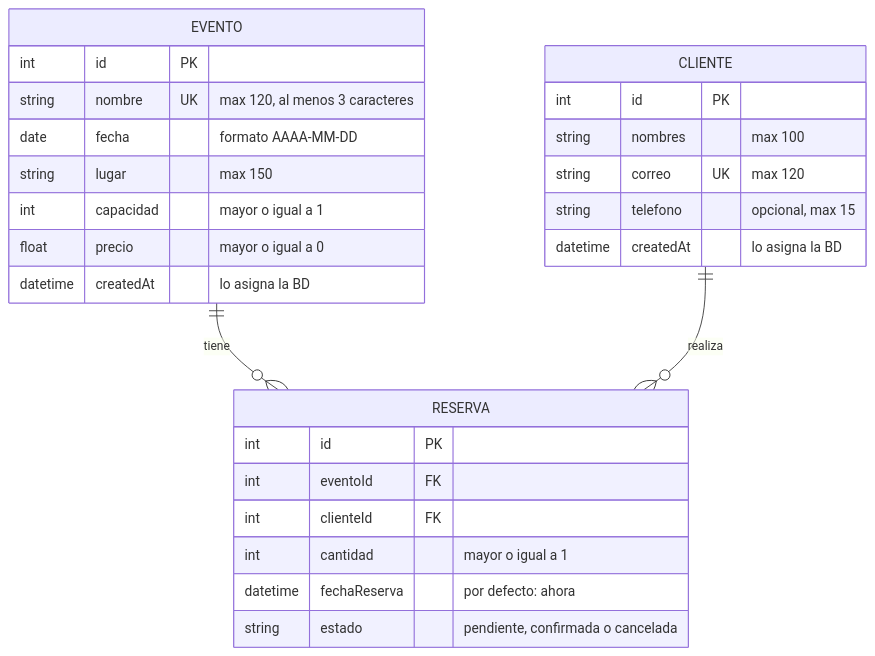
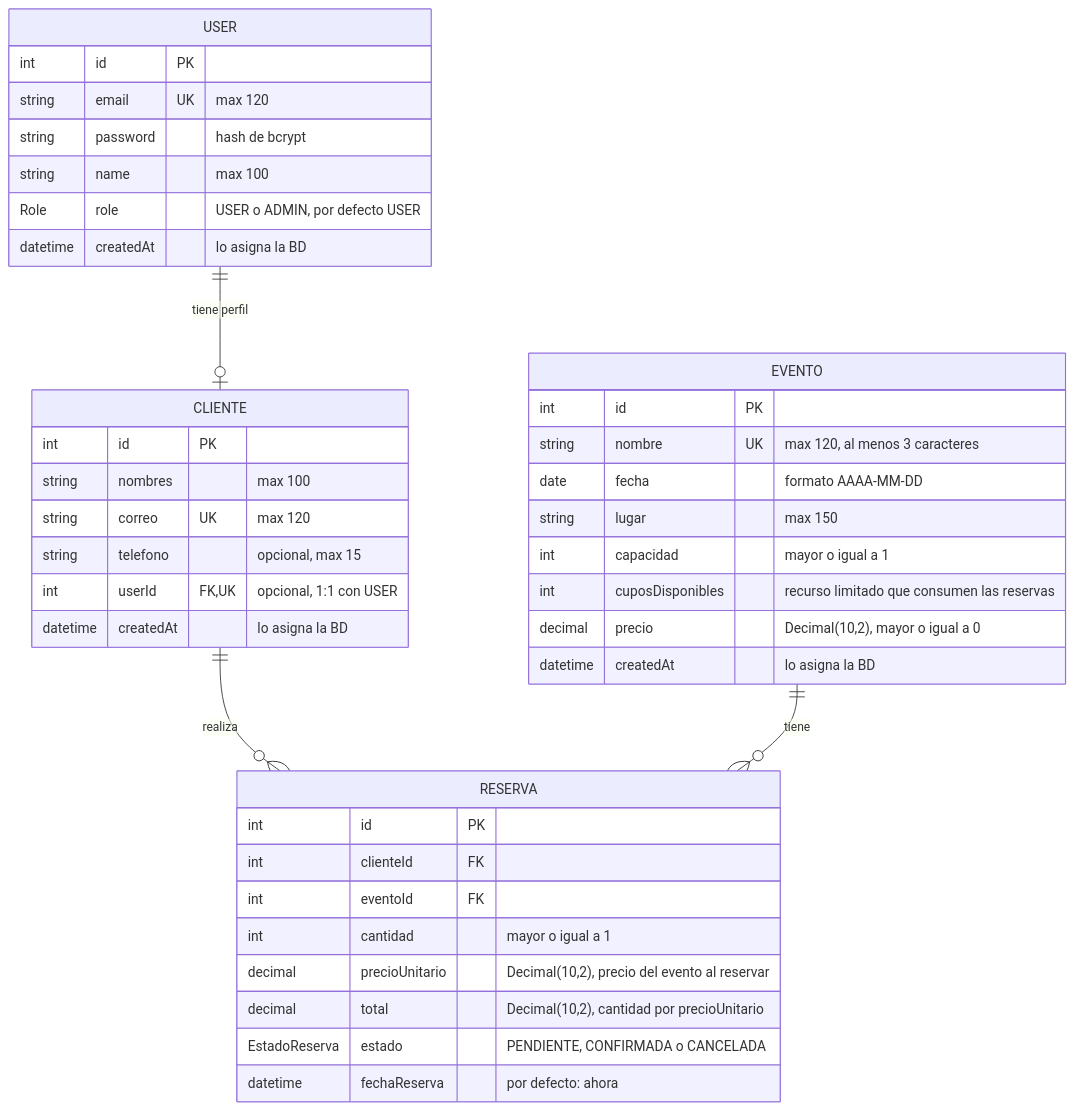
The diagram in MODELO_ER.md (itsdavx/G02_Lab1_KromaEvents), drawn with Mermaid before and after one commit. The commit also changed other lines of this file and 8 other files, not shown here.

````diff
--- a/MODELO_ER.md
+++ b/MODELO_ER.md
@@ -11,29 +11,42 @@
 ```mermaid
 erDiagram
+    USER ||--o| CLIENTE : "tiene perfil"
+    CLIENTE ||--o{ RESERVA : realiza
     EVENTO ||--o{ RESERVA : tiene
-    CLIENTE ||--o{ RESERVA : realiza
-    EVENTO {
+    USER {
         int id PK
-        string nombre UK "max 120, al menos 3 caracteres"
-        date fecha "formato AAAA-MM-DD"
-        string lugar "max 150"
-        int capacidad "mayor o igual a 1"
-        float precio "mayor o igual a 0"
+        string email UK "max 120"
+        string password "hash de bcrypt"
+        string name "max 100"
+        Role role "USER o ADMIN, por defecto USER"
         datetime createdAt "lo asigna la BD"
     }
     CLIENTE {
         int id PK
         string nombres "max 100"
         string correo UK "max 120"
         string telefono "opcional, max 15"
+        int userId FK,UK "opcional, 1:1 con USER"
+        datetime createdAt "lo asigna la BD"
+    }
+    EVENTO {
+        int id PK
+        string nombre UK "max 120, al menos 3 caracteres"
+        date fecha "formato AAAA-MM-DD"
+        string lugar "max 150"
+        int capacidad "mayor o igual a 1"
+        int cuposDisponibles "recurso limitado que consumen las reservas"
+        decimal precio "Decimal(10,2), mayor o igual a 0"
         datetime createdAt "lo asigna la BD"
     }
     RESERVA {
         int id PK
+        int clienteId FK
         int eventoId FK
-        int clienteId FK
         int cantidad "mayor o igual a 1"
+        decimal precioUnitario "Decimal(10,2), precio del evento al reservar"
+        decimal total "Decimal(10,2), cantidad por precioUnitario"
+        EstadoReserva estado "PENDIENTE, CONFIRMADA o CANCELADA"
         datetime fechaReserva "por defecto: ahora"
-        string estado "pendiente, confirmada o cancelada"
     }
 ```
````
